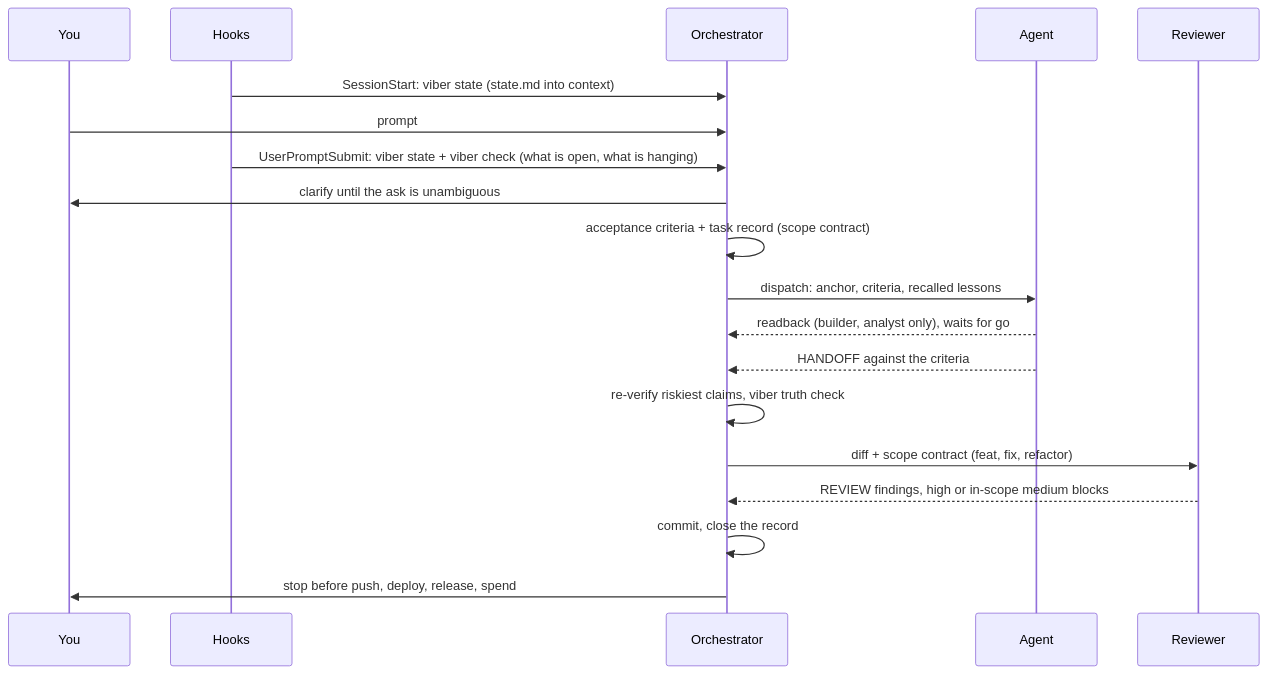
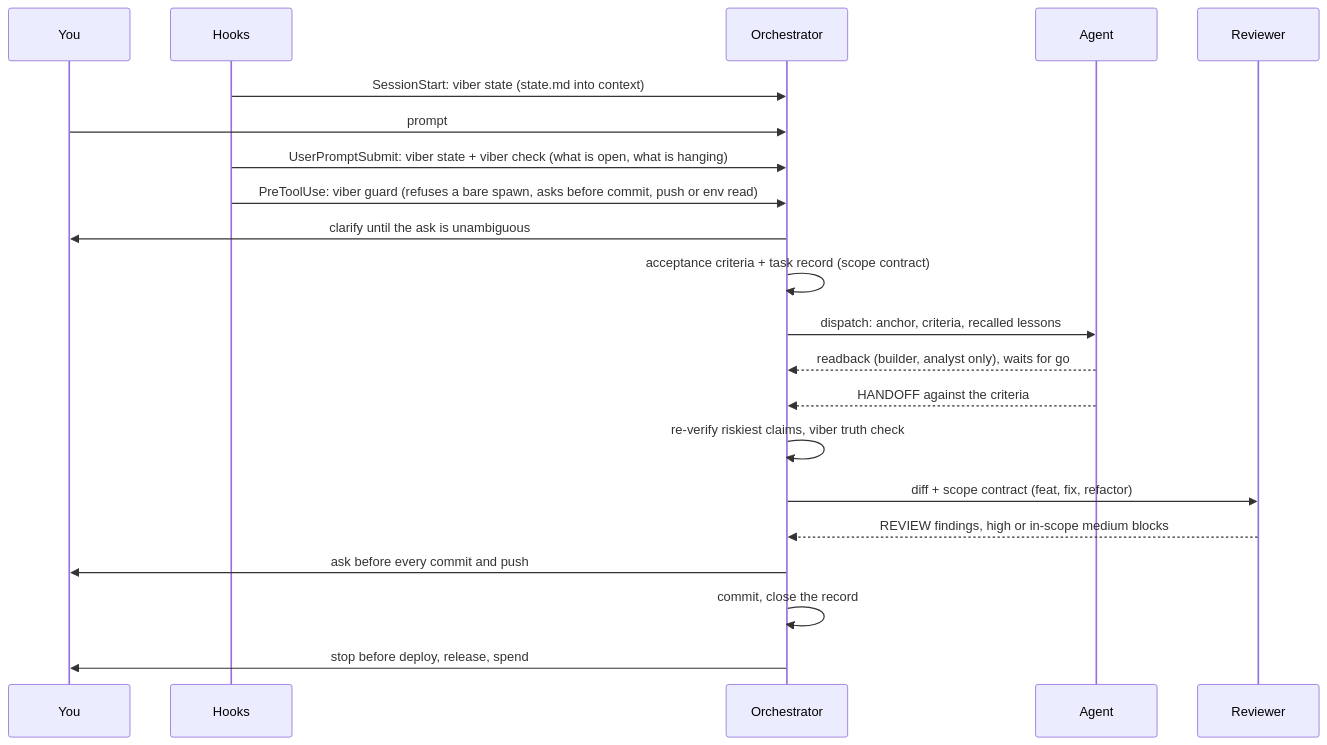
The first of 4 diagrams in README.md (dangnhh92/viber-harness), drawn with Mermaid before and after one commit. The commit also changed other lines of this file and 9 other files, not shown here.

````diff
--- a/README.md
+++ b/README.md
@@ -19,21 +19,23 @@
 ```mermaid
 sequenceDiagram
     participant You
     participant Hooks
     participant Orchestrator
     participant Agent
     participant Reviewer
     Hooks->>Orchestrator: SessionStart: viber state (state.md into context)
     You->>Orchestrator: prompt
     Hooks->>Orchestrator: UserPromptSubmit: viber state + viber check (what is open, what is hanging)
+    Hooks->>Orchestrator: PreToolUse: viber guard (refuses a bare spawn, asks before commit, push or env read)
     Orchestrator->>You: clarify until the ask is unambiguous
     Orchestrator->>Orchestrator: acceptance criteria + task record (scope contract)
     Orchestrator->>Agent: dispatch: anchor, criteria, recalled lessons
     Agent-->>Orchestrator: readback (builder, analyst only), waits for go
     Agent-->>Orchestrator: HANDOFF against the criteria
     Orchestrator->>Orchestrator: re-verify riskiest claims, viber truth check
     Orchestrator->>Reviewer: diff + scope contract (feat, fix, refactor)
     Reviewer-->>Orchestrator: REVIEW findings, high or in-scope medium blocks
+    Orchestrator->>You: ask before every commit and push
     Orchestrator->>Orchestrator: commit, close the record
-    Orchestrator->>You: stop before push, deploy, release, spend
+    Orchestrator->>You: stop before deploy, release, spend
 ```
````
